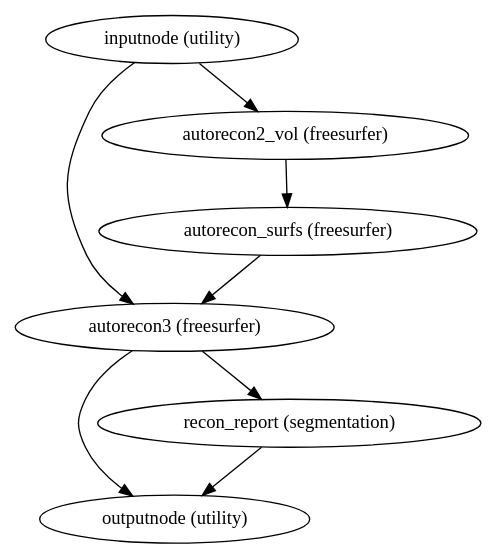
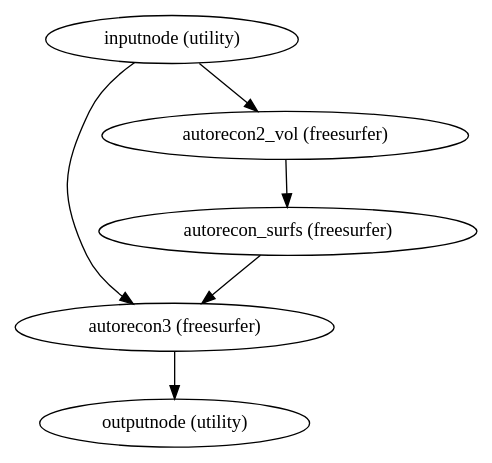
Before and after one commit to nuKs/smriprep: the diagram in wf_directive/api/autorecon_resume_wf/smriprep-workflows-surfaces-4.dot, drawn with Graphviz. The commit also changed 1676 other files, not shown here.

```diff
--- a/wf_directive/api/autorecon_resume_wf/smriprep-workflows-surfaces-4.dot
+++ b/wf_directive/api/autorecon_resume_wf/smriprep-workflows-surfaces-4.dot
@@ -1,15 +1,12 @@
 strict digraph  {
 "inputnode (utility)";
 "autorecon3 (freesurfer)";
 "autorecon2_vol (freesurfer)";
 "outputnode (utility)";
-"recon_report (segmentation)";
 "autorecon_surfs (freesurfer)";
 "inputnode (utility)" -> "autorecon3 (freesurfer)";
 "inputnode (utility)" -> "autorecon2_vol (freesurfer)";
 "autorecon3 (freesurfer)" -> "outputnode (utility)";
-"autorecon3 (freesurfer)" -> "recon_report (segmentation)";
 "autorecon2_vol (freesurfer)" -> "autorecon_surfs (freesurfer)";
-"recon_report (segmentation)" -> "outputnode (utility)";
 "autorecon_surfs (freesurfer)" -> "autorecon3 (freesurfer)";
 }
```
